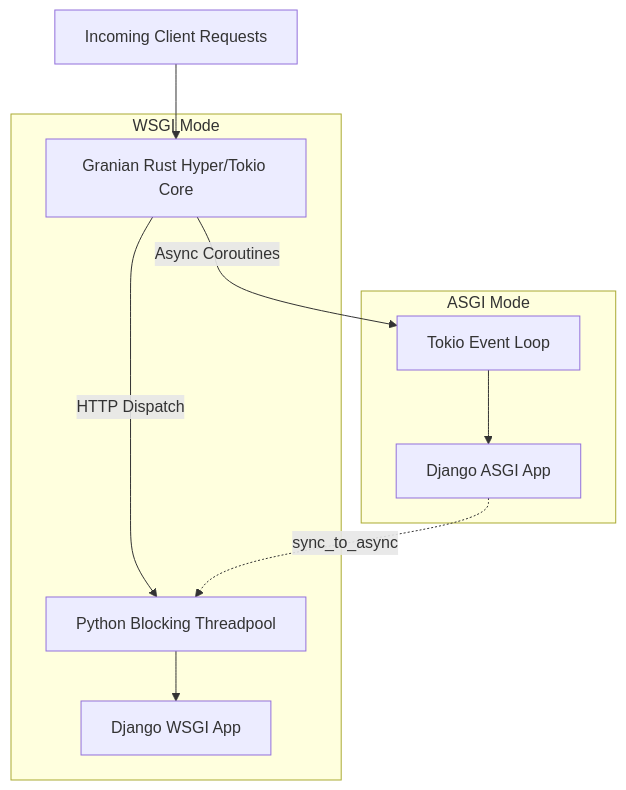
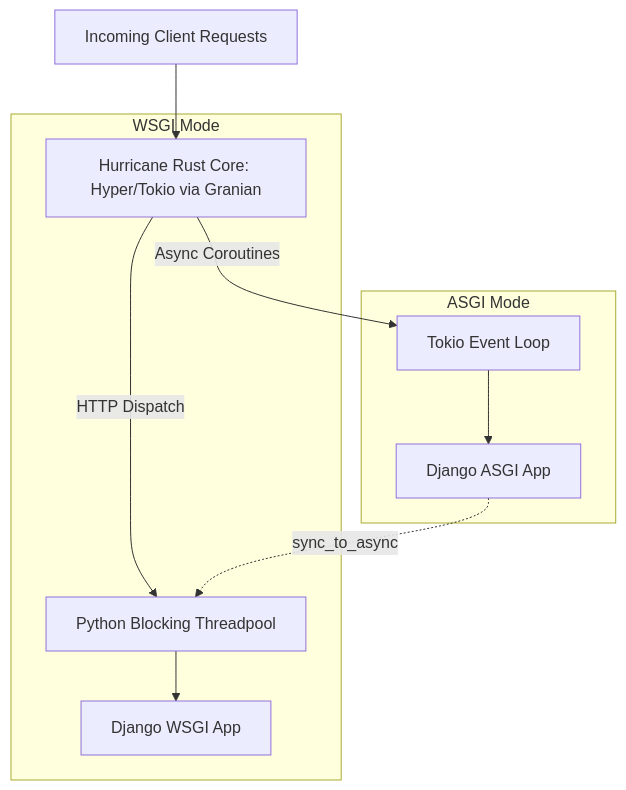
One commit to django-hurricane/django-hurricane changed the diagram in docs/content/3.concepts/7.asgi-vs-wsgi.md. Above: the diagram before and after it, drawn with Mermaid. The commit also changed other lines of this file and 8 other files, not shown here.

````diff
--- a/docs/content/3.concepts/7.asgi-vs-wsgi.md
+++ b/docs/content/3.concepts/7.asgi-vs-wsgi.md
@@ -31,15 +31,15 @@
 ```mermaid
 graph TD
-    Client[Incoming Client Requests] --> RustCore[Granian Rust Hyper/Tokio Core]
+    Client[Incoming Client Requests] --> RustCore[Hurricane Rust Core: Hyper/Tokio via Granian]
 
     subgraph WSGI Mode
         RustCore -->|HTTP Dispatch| PyThreadPool[Python Blocking Threadpool]
         PyThreadPool --> DjangoWSGI[Django WSGI App]
     end
 
     subgraph ASGI Mode
         RustCore -->|Async Coroutines| TokioLoop[Tokio Event Loop]
         TokioLoop --> DjangoASGI[Django ASGI App]
         DjangoASGI -.->|sync_to_async| PyThreadPool
     end
 ```
````
